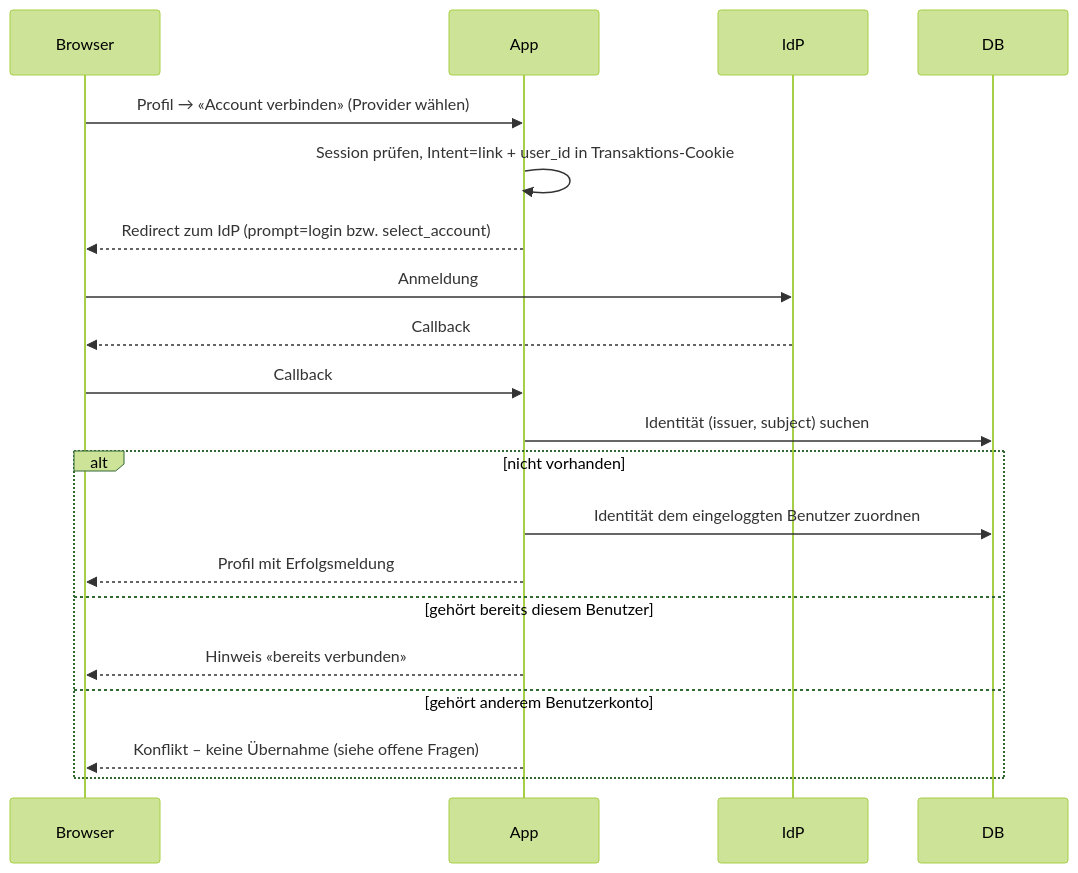
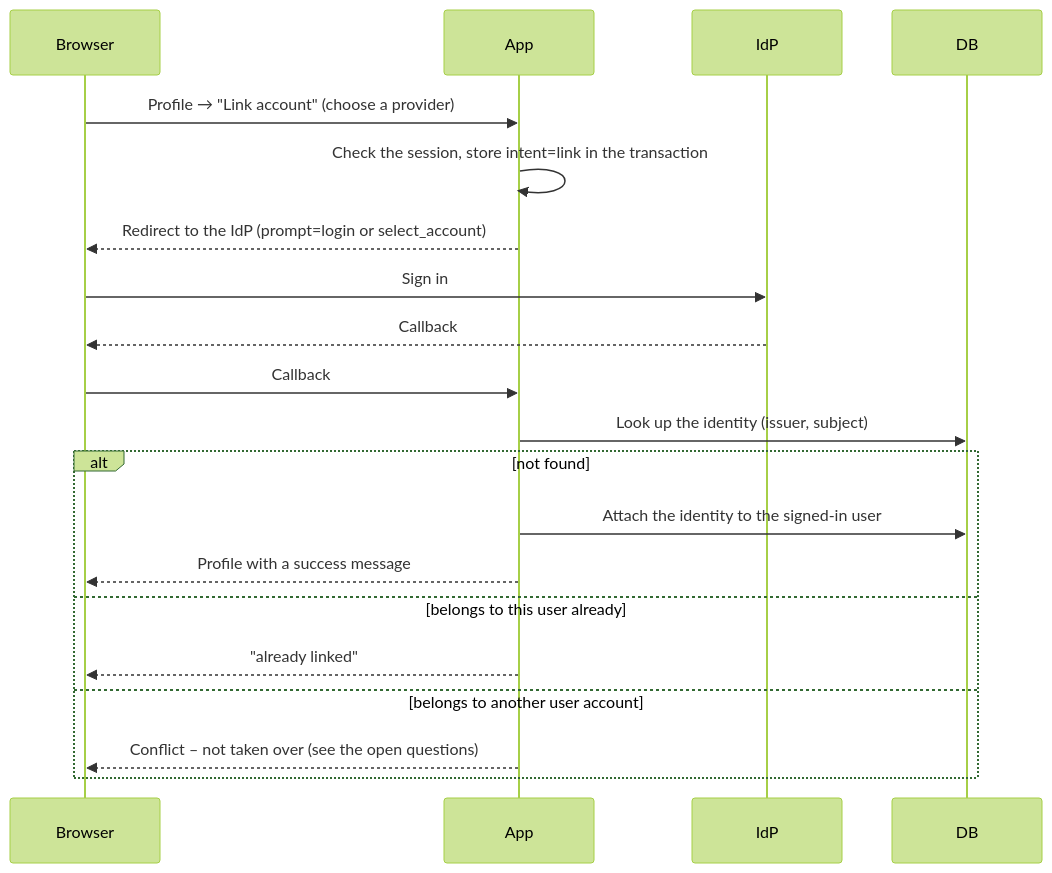
The second of 2 diagrams in docs/04-account-linking.md (id-unibe-ch/ch-unibe-auth-example), drawn with Mermaid (forest theme) before and after one commit. The commit also changed other lines of this file and 35 other files, not shown here.

````diff
--- a/docs/04-account-linking.md
+++ b/docs/04-account-linking.md
@@ -70,23 +70,23 @@
 ```mermaid
 sequenceDiagram
     participant B as Browser
     participant A as App
     participant I as IdP
     participant D as DB
 
-    B->>A: Profil → «Account verbinden» (Provider wählen)
-    A->>A: Session prüfen, Intent=link + user_id in Transaktions-Cookie
-    A-->>B: Redirect zum IdP (prompt=login bzw. select_account)
-    B->>I: Anmeldung
+    B->>A: Profile → "Link account" (choose a provider)
+    A->>A: Check the session, store intent=link in the transaction
+    A-->>B: Redirect to the IdP (prompt=login or select_account)
+    B->>I: Sign in
     I-->>B: Callback
     B->>A: Callback
-    A->>D: Identität (issuer, subject) suchen
-    alt nicht vorhanden
-        A->>D: Identität dem eingeloggten Benutzer zuordnen
-        A-->>B: Profil mit Erfolgsmeldung
-    else gehört bereits diesem Benutzer
-        A-->>B: Hinweis «bereits verbunden»
-    else gehört anderem Benutzerkonto
-        A-->>B: Konflikt – keine Übernahme (siehe offene Fragen)
+    A->>D: Look up the identity (issuer, subject)
+    alt not found
+        A->>D: Attach the identity to the signed-in user
+        A-->>B: Profile with a success message
+    else belongs to this user already
+        A-->>B: "already linked"
+    else belongs to another user account
+        A-->>B: Conflict – not taken over (see the open questions)
     end
 ```
````
